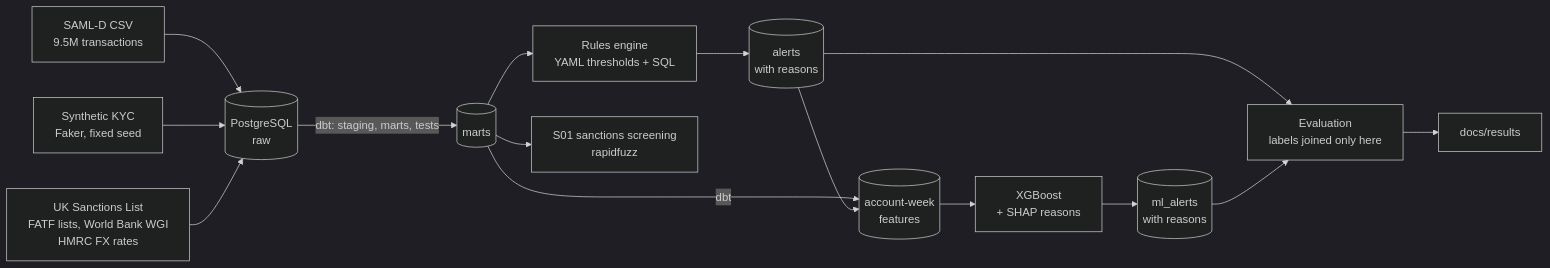
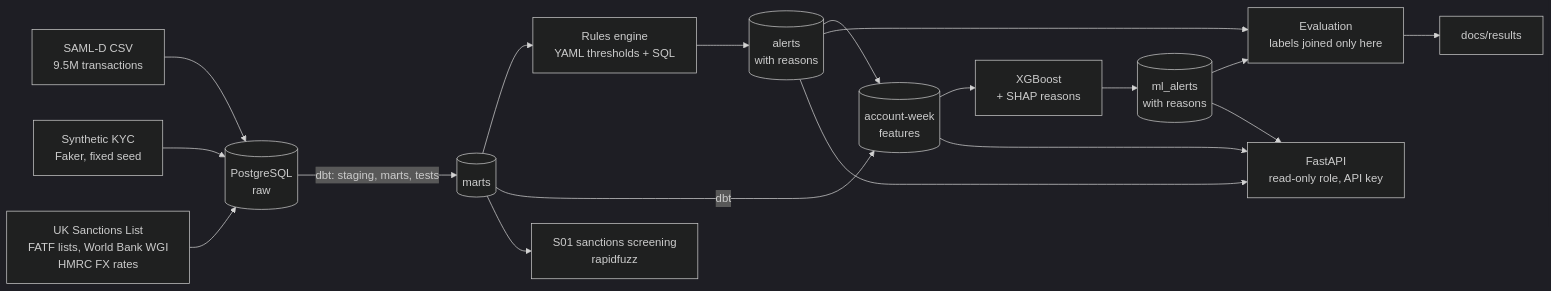
Before and after one commit to viveksnalegavamath-hash/aml-transaction-monitoring: the diagram in README.md, drawn with Mermaid (dark theme). The commit also changed other lines of this file and 2 other files, not shown here.

First line of the commit message:
Document the API in the README; mark the fast track complete

````diff
--- a/README.md
+++ b/README.md
@@ -68,17 +70,20 @@
 ```mermaid
 flowchart LR
     A[SAML-D CSV<br/>9.5M transactions] --> R[(PostgreSQL<br/>raw)]
     K[Synthetic KYC<br/>Faker, fixed seed] --> R
     L[UK Sanctions List<br/>FATF lists, World Bank WGI<br/>HMRC FX rates] --> R
     R -->|dbt: staging, marts, tests| M[(marts)]
     M --> E[Rules engine<br/>YAML thresholds + SQL]
     E --> AL[(alerts<br/>with reasons)]
     M -->|dbt| F[(account-week<br/>features)]
     AL --> F
     F --> ML[XGBoost<br/>+ SHAP reasons]
     ML --> MA[(ml_alerts<br/>with reasons)]
     M --> S[S01 sanctions screening<br/>rapidfuzz]
     AL --> EV[Evaluation<br/>labels joined only here]
     MA --> EV
     EV --> D[docs/results]
+    F --> API[FastAPI<br/>read-only role, API key]
+    AL --> API
+    MA --> API
 ```
````
